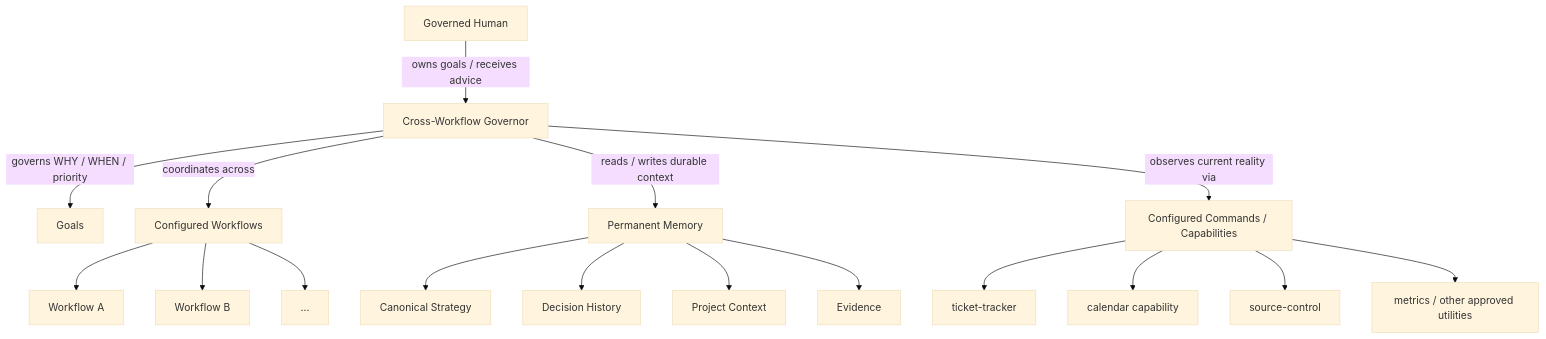
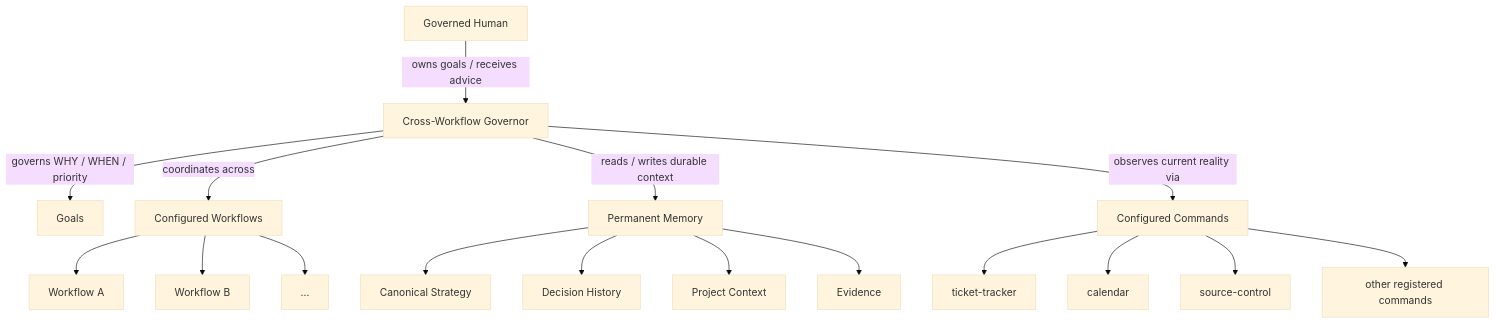
One commit to starodubtsevconsulting/ai-fleas changed the third of 6 diagrams in ai-workflows/_common/roles/cross-workflow-governor.md. Above: the diagram before and after it, drawn with Mermaid (base theme). The commit also changed other lines of this file, not shown here.

Commit message:
Reduce Governor prose duplication and use command-only utilities

````diff
--- a/ai-workflows/_common/roles/cross-workflow-governor.md
+++ b/ai-workflows/_common/roles/cross-workflow-governor.md
@@ -50,22 +37,22 @@
 ```mermaid
 flowchart TD
     H[Governed Human] -->|owns goals / receives advice| G[Cross-Workflow Governor]
     G -->|governs WHY / WHEN / priority| GOALS[Goals]
     G -->|coordinates across| W[Configured Workflows]
     G -->|reads / writes durable context| M[Permanent Memory]
-    G -->|observes current reality via| C[Configured Commands / Capabilities]
+    G -->|observes current reality via| C[Configured Commands]
 
     W --> W1[Workflow A]
     W --> W2[Workflow B]
     W --> WX[...]
 
     M --> M1[Canonical Strategy]
     M --> M2[Decision History]
     M --> M3[Project Context]
     M --> M4[Evidence]
 
     C --> C1[ticket-tracker]
-    C --> C2[calendar capability]
+    C --> C2[calendar]
     C --> C3[source-control]
-    C --> C4[metrics / other approved utilities]
+    C --> C4[other registered commands]
 ```
````
